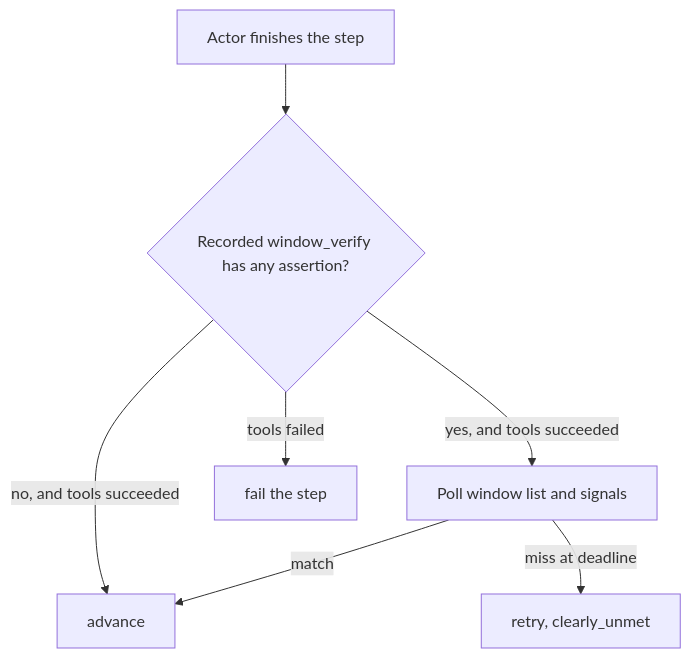
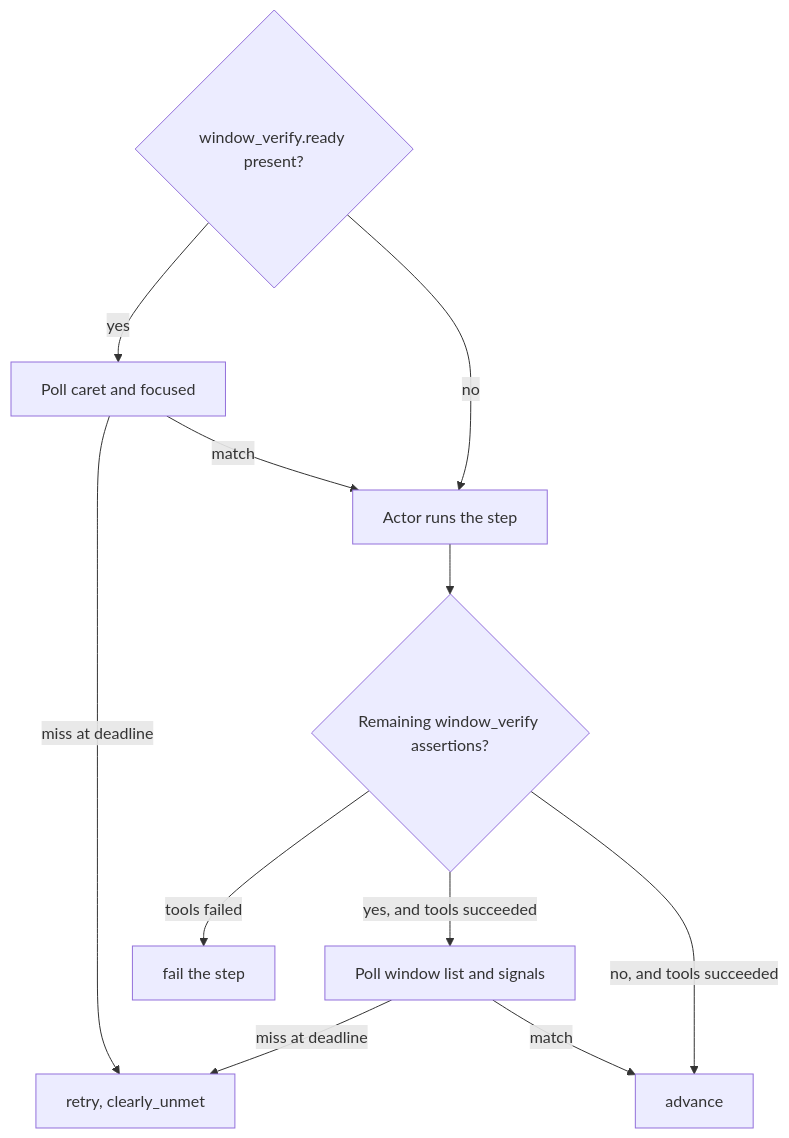
The diagram in VERIFICATION.md (josephorng/QualityAssuranceAgent), drawn with Mermaid before and after one commit. The commit also changed other lines of this file and 7 other files, not shown here.

First line of the commit message:
Verify typing readiness before type_text instead of post-type caret.

````diff
--- a/VERIFICATION.md
+++ b/VERIFICATION.md
@@ -9,10 +9,14 @@
 ```mermaid
 flowchart TD
-  Act[Actor finishes the step]
-  Act --> Win{Recorded window_verify has any assertion?}
+  Ready{window_verify.ready present?}
+  Ready -->|yes| PollReady[Poll caret and focused]
+  PollReady -->|miss at deadline| Retry[retry, clearly_unmet]
+  PollReady -->|match| Act[Actor runs the step]
+  Ready -->|no| Act
+  Act --> Win{Remaining window_verify assertions?}
   Win -->|yes, and tools succeeded| Poll[Poll window list and signals]
   Poll -->|match| Advance[advance]
-  Poll -->|miss at deadline| Retry[retry, clearly_unmet]
+  Poll -->|miss at deadline| Retry
   Win -->|no, and tools succeeded| Advance
   Win -->|tools failed| Fail[fail the step]
 ```
````
